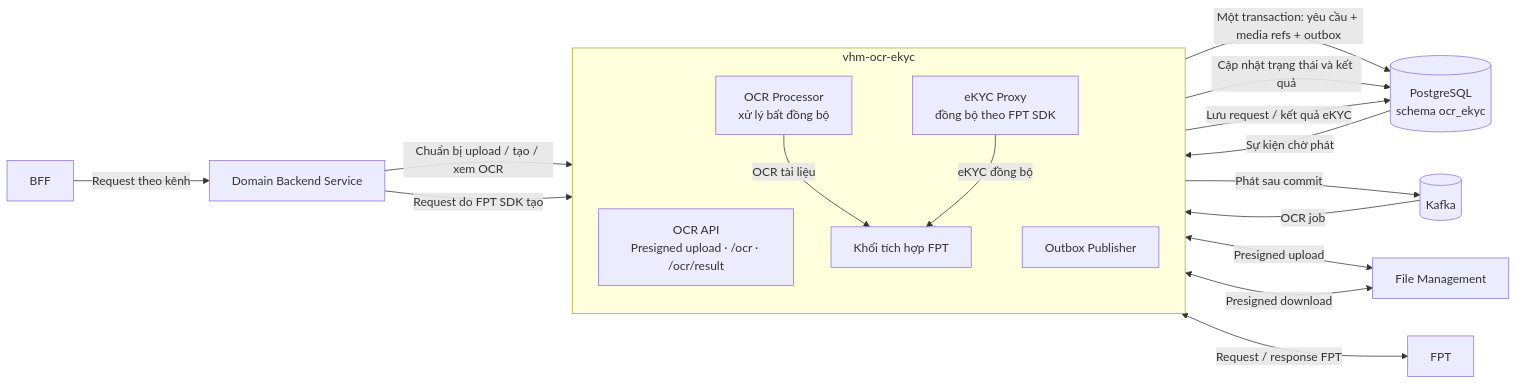
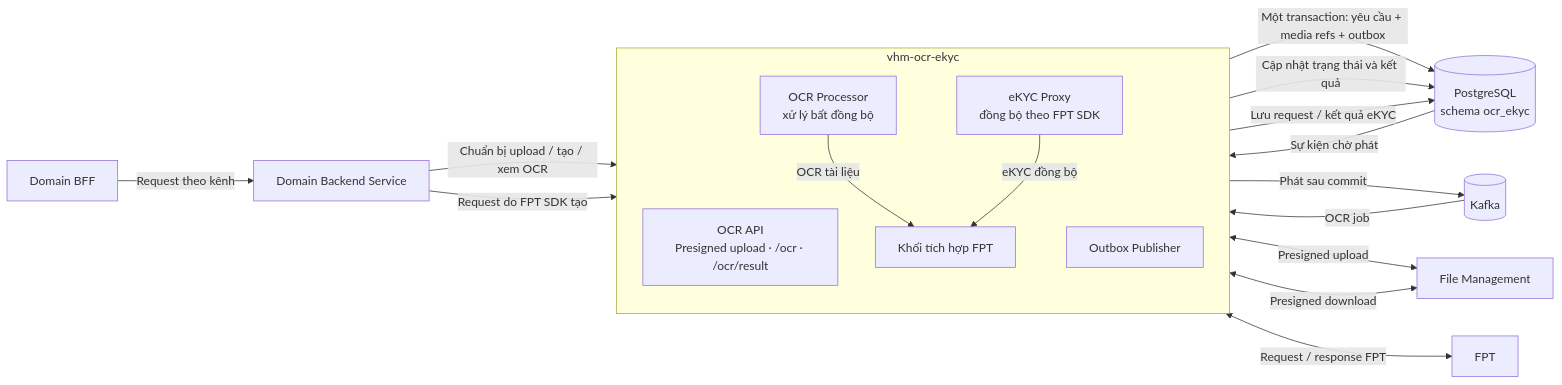
The second of 12 diagrams in tdd-ocr-ekyc.md (huynv-xyz/vhm), drawn with Mermaid before and after one commit. The commit also changed other lines of this file, not shown here.

````diff
--- a/tdd-ocr-ekyc.md
+++ b/tdd-ocr-ekyc.md
@@ -231,35 +231,35 @@
 ```mermaid
 flowchart LR
-    BFF[BFF]
+    BFF[Domain BFF]
     DOMAIN[Domain Backend Service]
 
     subgraph APP[vhm-ocr-ekyc]
         direction TB
         OCR_API[OCR API<br/>Presigned upload · /ocr · /ocr/result]
         EKYC_PROXY[eKYC Proxy<br/>đồng bộ theo FPT SDK]
         OUTBOX[Outbox Publisher]
         PROCESSOR[OCR Processor<br/>xử lý bất đồng bộ]
         FPT_INTEGRATION[Khối tích hợp FPT]
     end
 
     DB[(PostgreSQL<br/>schema ocr_ekyc)]
     KAFKA[(Kafka)]
     FILE[File Management]
     FPT[FPT]
 
     BFF -->|Request theo kênh| DOMAIN
     DOMAIN -->|Chuẩn bị upload / tạo / xem OCR| OCR_API
     OCR_API -->|Một transaction: yêu cầu + media refs + outbox| DB
     DB -->|Sự kiện chờ phát| OUTBOX
     OUTBOX -->|Phát sau commit| KAFKA
     KAFKA -->|OCR job| PROCESSOR
     OCR_API <-->|Presigned upload| FILE
     PROCESSOR <-->|Presigned download| FILE
     PROCESSOR -->|Cập nhật trạng thái và kết quả| DB
     PROCESSOR -->|OCR tài liệu| FPT_INTEGRATION
 
     DOMAIN -->|Request do FPT SDK tạo| EKYC_PROXY
     EKYC_PROXY -->|eKYC đồng bộ| FPT_INTEGRATION
     FPT_INTEGRATION <-->|Request / response FPT| FPT
     EKYC_PROXY -->|Lưu request / kết quả eKYC| DB
 ```
````
